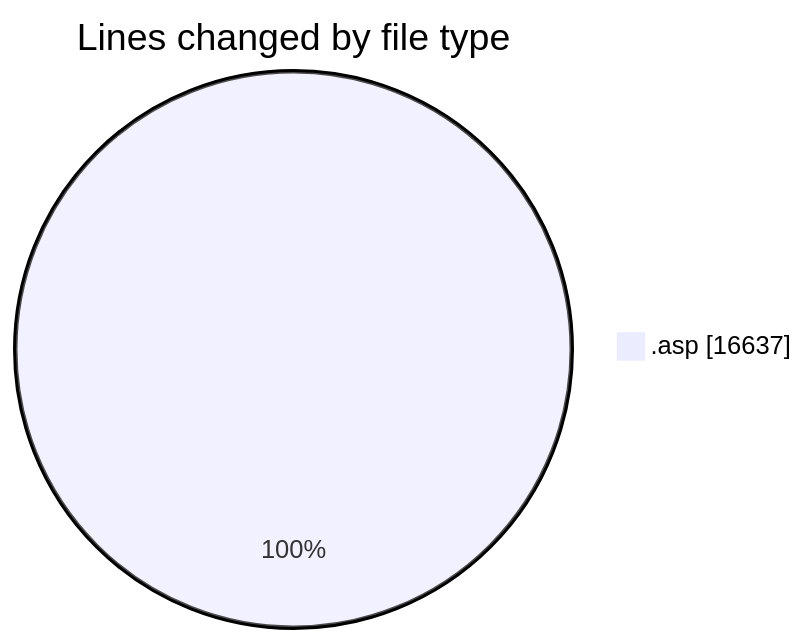
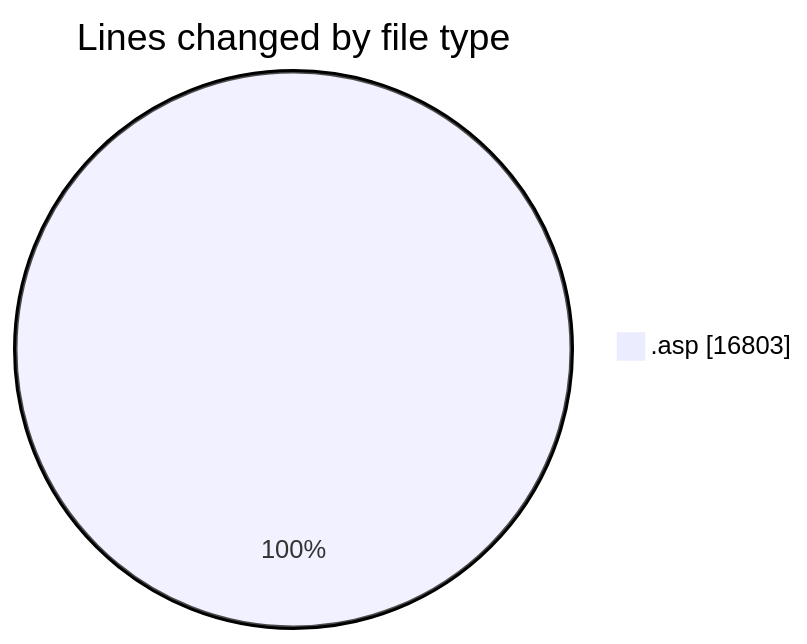
Before and after one commit to julien-gomy/code-tracking: the first of 2 diagrams in 2025-11-14/cdp_aleoudev_fr__workspace_/README.md, drawn with Mermaid. The commit also changed other lines of this file and 1 other file, not shown here.

````diff
--- a/2025-11-14/cdp_aleoudev_fr__workspace_/README.md
+++ b/2025-11-14/cdp_aleoudev_fr__workspace_/README.md
@@ -33,5 +34,5 @@
 ```mermaid
 pie showData
 title Lines changed by file type
-".asp" : 16637
+".asp" : 16803
 ```
````
